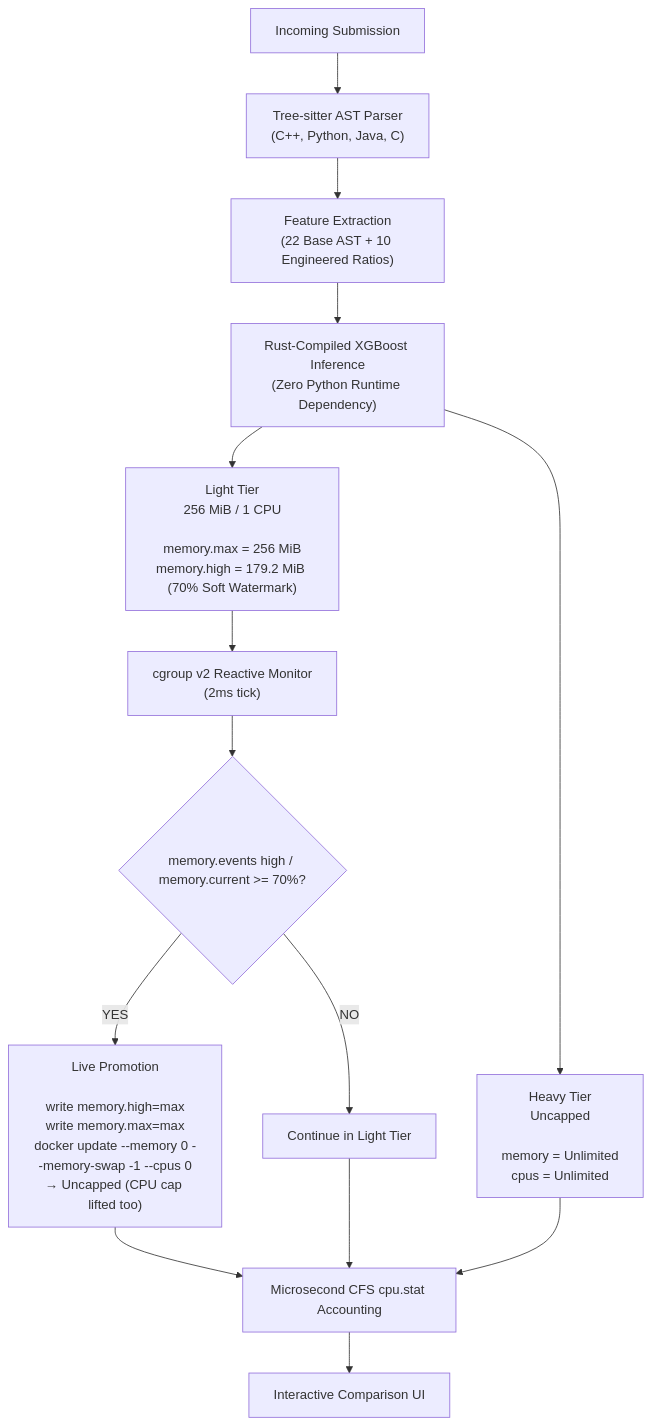
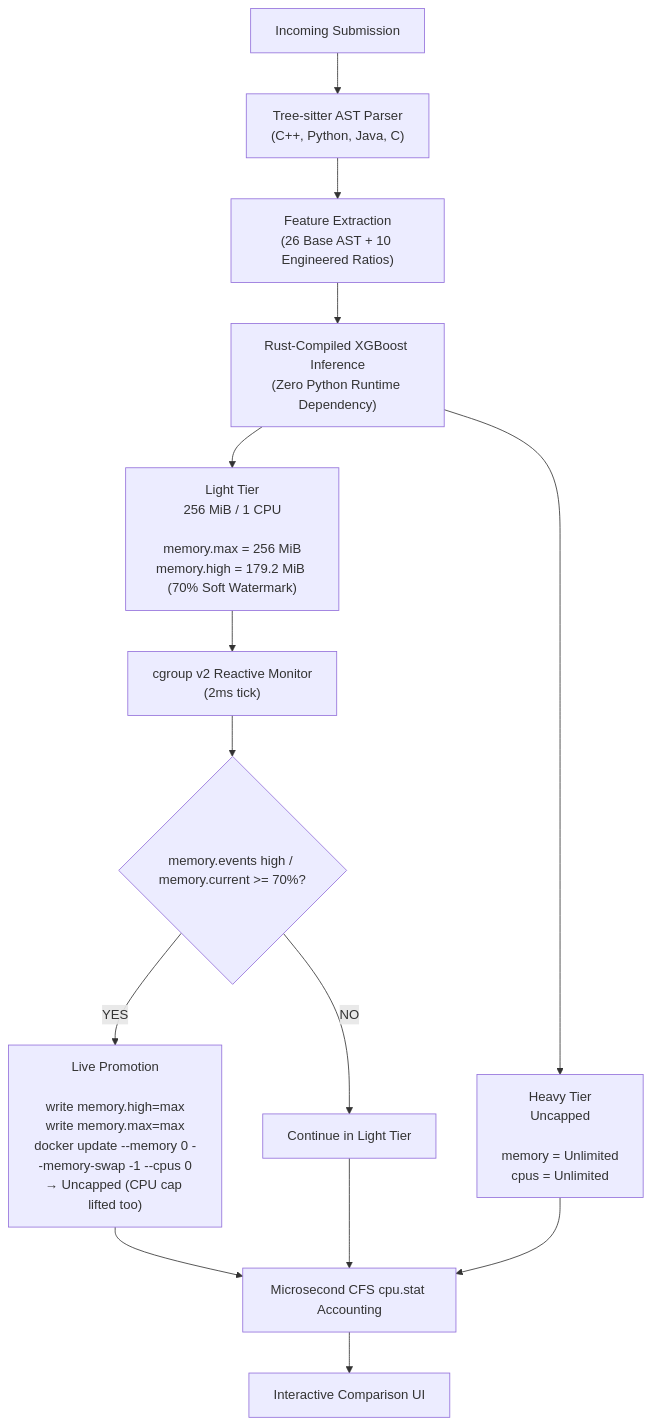
Before and after one commit to Dhanush-M-1/RAAS-OCJS-1: the diagram in README.md, drawn with Mermaid. The commit also changed other lines of this file and 8 other files, not shown here.

````diff
--- a/README.md
+++ b/README.md
@@ -52,24 +52,24 @@
 ```mermaid
 flowchart TD
     A["Incoming Submission"]
     B["Tree-sitter AST Parser<br/>(C++, Python, Java, C)"]
-    C["Feature Extraction<br/>(22 Base AST + 10 Engineered Ratios)"]
+    C["Feature Extraction<br/>(26 Base AST + 10 Engineered Ratios)"]
     D["Rust-Compiled XGBoost Inference<br/>(Zero Python Runtime Dependency)"]
 
     A --> B --> C --> D
 
     D --> E["Light Tier<br/>256 MiB / 1 CPU<br/><br/>memory.max = 256 MiB<br/>memory.high = 179.2 MiB (70% Soft Watermark)"]
     D --> F["Heavy Tier<br/>Uncapped<br/><br/>memory = Unlimited<br/>cpus = Unlimited"]
 
     E --> G["cgroup v2 Reactive Monitor<br/>(2ms tick)"]
     G --> H{"memory.events high / memory.current >= 70%?"}
 
     H -->|YES| I["Live Promotion<br/><br/>write memory.high=max<br/>write memory.max=max<br/>docker update --memory 0 --memory-swap -1 --cpus 0<br/>→ Uncapped (CPU cap lifted too)"]
     H -->|NO| J["Continue in Light Tier"]
 
     I --> K["Microsecond CFS cpu.stat Accounting"]
     J --> K
     F --> K
 
     K --> L["Interactive Comparison UI"]
 ```
````
